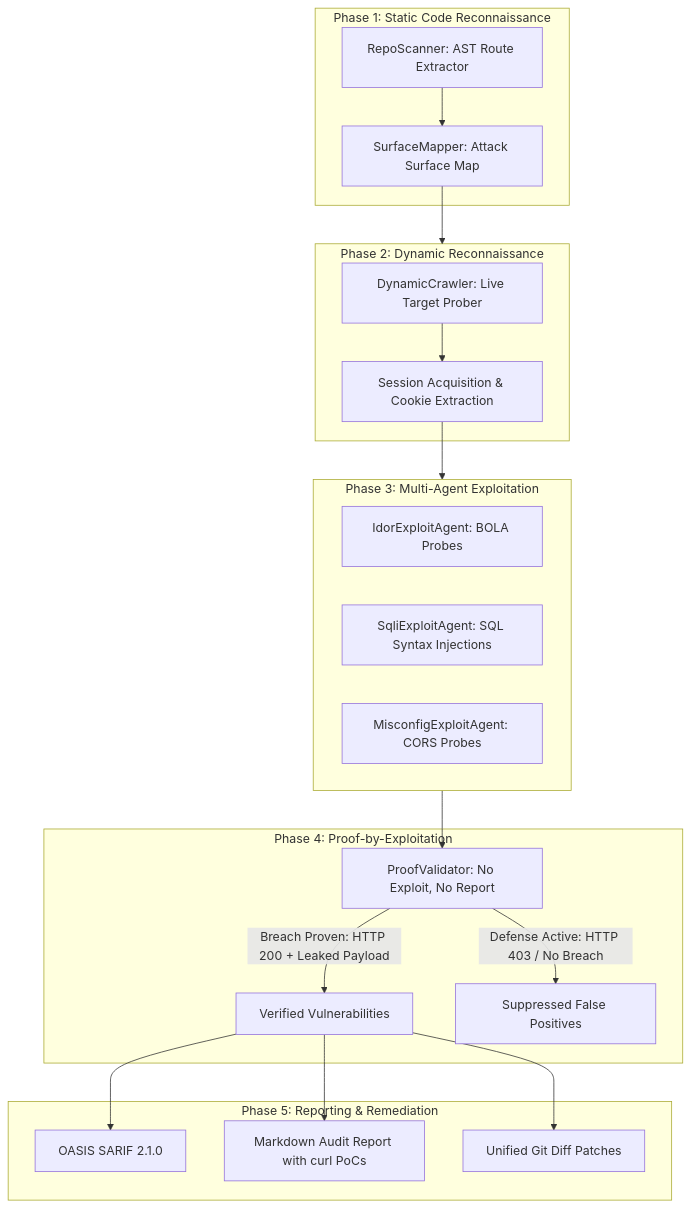
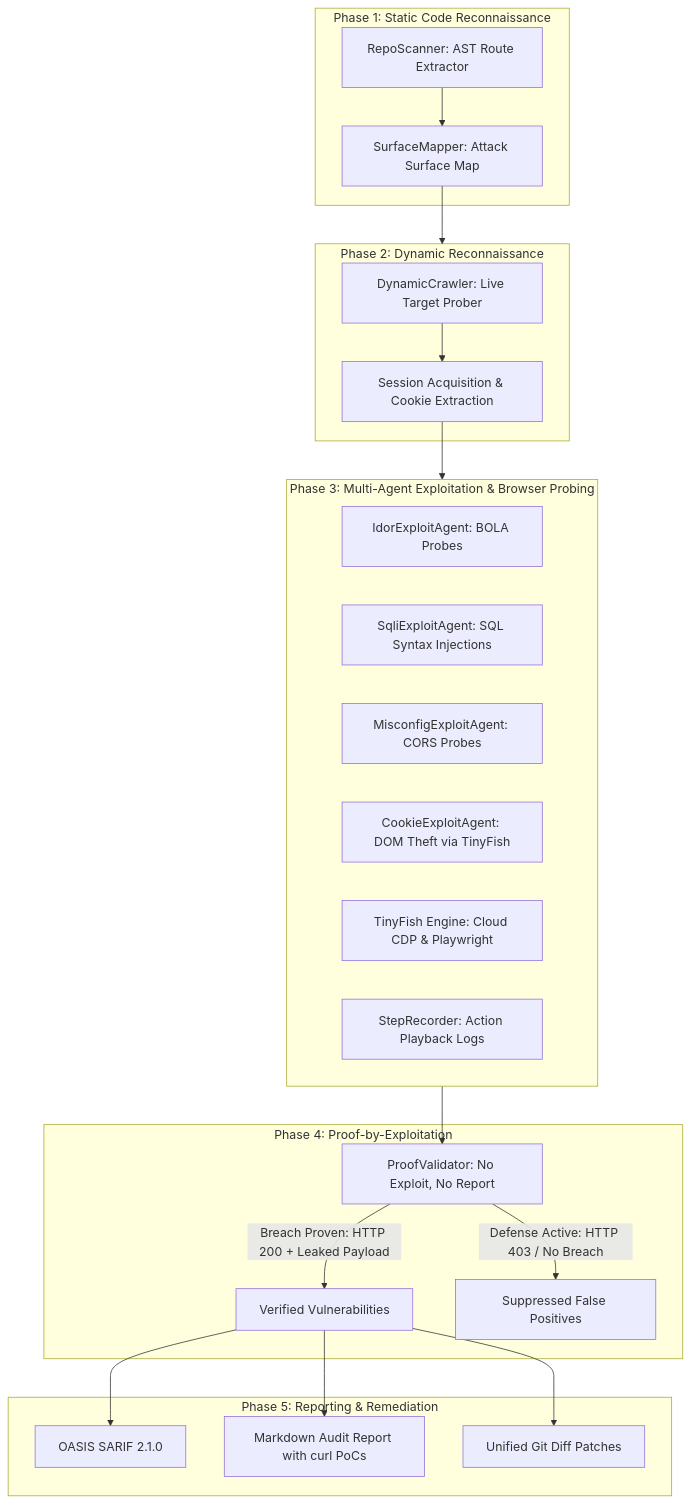
The diagram in README.md (GetALife-Shivansh/HawkScan), drawn with Mermaid before and after one commit. The commit also changed other lines of this file and 22 other files, not shown here.

Commit message:
feat(tinyfish): integrate dual-engine browser automation, StepRecorder, and CookieExploitAgent (ADR-0006)

````diff
--- a/README.md
+++ b/README.md
@@ -37,32 +39,35 @@
 ```mermaid
 flowchart TD
     subgraph P1["Phase 1: Static Code Reconnaissance"]
         R1[RepoScanner: AST Route Extractor] --> S1[SurfaceMapper: Attack Surface Map]
     end
 
     subgraph P2["Phase 2: Dynamic Reconnaissance"]
         C1[DynamicCrawler: Live Target Prober] --> A1[Session Acquisition & Cookie Extraction]
     end
 
-    subgraph P3["Phase 3: Multi-Agent Exploitation"]
+    subgraph P3["Phase 3: Multi-Agent Exploitation & Browser Probing"]
         E1[IdorExploitAgent: BOLA Probes]
         E2[SqliExploitAgent: SQL Syntax Injections]
         E3[MisconfigExploitAgent: CORS Probes]
+        E4[CookieExploitAgent: DOM Theft via TinyFish]
+        TF[TinyFish Engine: Cloud CDP & Playwright]
+        SR[StepRecorder: Action Playback Logs]
     end
 
     subgraph P4["Phase 4: Proof-by-Exploitation"]
         PV[ProofValidator: No Exploit, No Report]
         PV -->|Breach Proven: HTTP 200 + Leaked Payload| VER[Verified Vulnerabilities]
         PV -->|Defense Active: HTTP 403 / No Breach| DIS[Suppressed False Positives]
     end
 
     subgraph P5["Phase 5: Reporting & Remediation"]
         VER --> SF[OASIS SARIF 2.1.0]
         VER --> MD[Markdown Audit Report with curl PoCs]
         VER --> PT[Unified Git Diff Patches]
     end
 
     S1 --> P2
     A1 --> P3
     P3 --> PV
 ```
````
